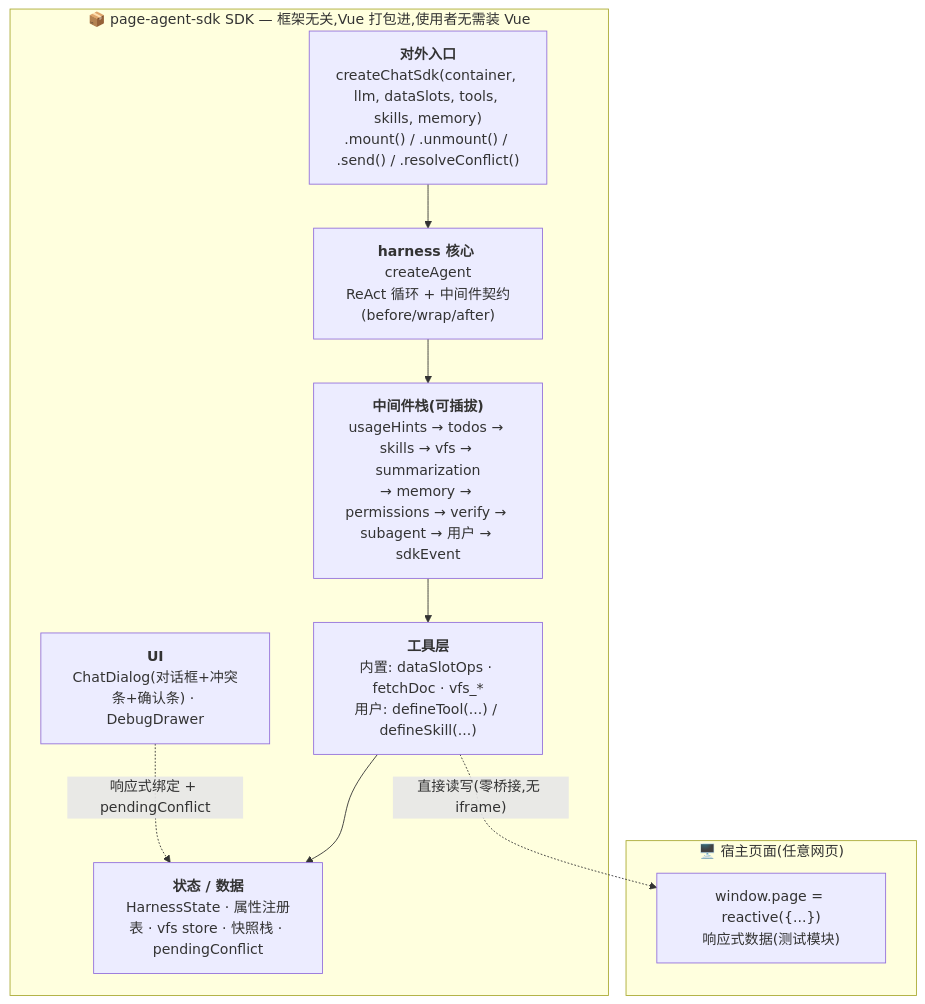
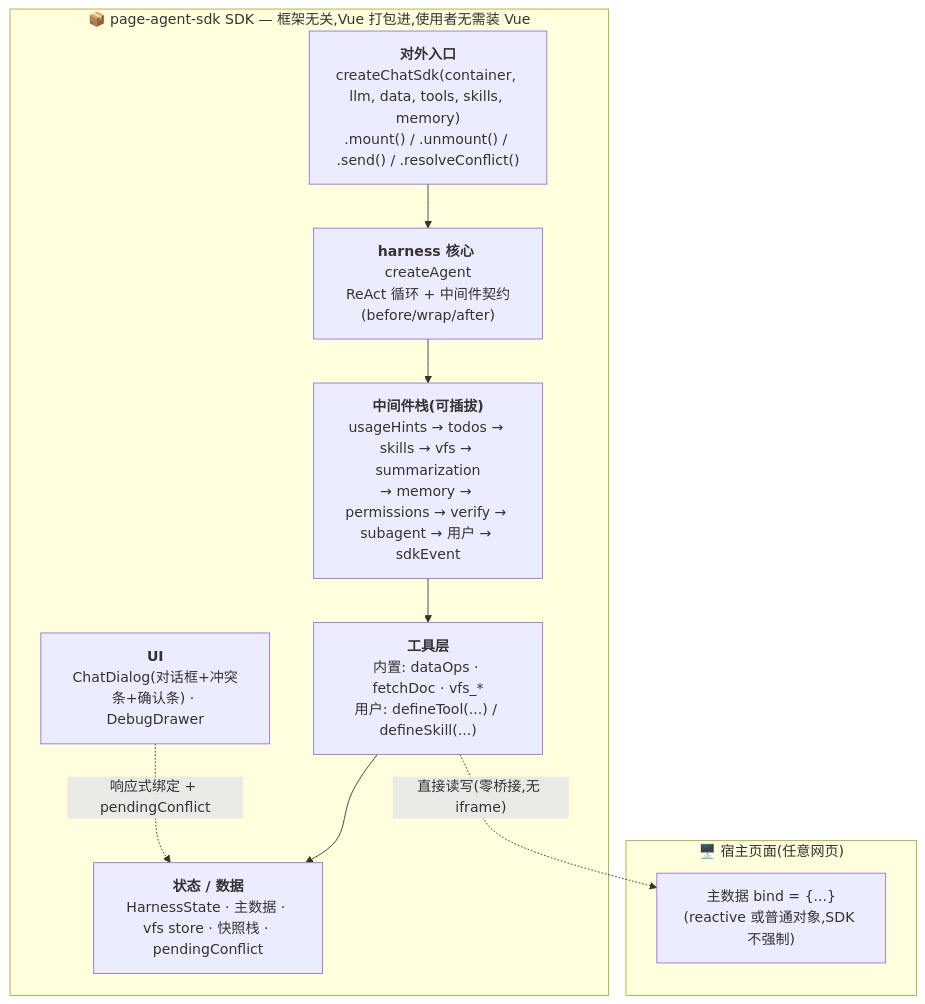
Before and after one commit to whyymj/chat-sdk: the first of 6 diagrams in doc/architecture.md, drawn with Mermaid. The commit also changed other lines of this file and 99 other files, not shown here.

````diff
--- a/doc/architecture.md
+++ b/doc/architecture.md
@@ -12,18 +12,18 @@
 ```mermaid
 flowchart TD
   subgraph Host["🖥️ 宿主页面(任意网页)"]
-    WP["window.page = reactive({...})<br/>响应式数据(测试模块)"]
+    WP["主数据 bind = {...}<br/>(reactive 或普通对象,SDK 不强制)"]
   end
 
   subgraph SDK["📦 page-agent-sdk SDK — 框架无关,Vue 打包进,使用者无需装 Vue"]
-    Entry["<b>对外入口</b><br/>createChatSdk(container, llm, dataSlots, tools, skills, memory)<br/>.mount() / .unmount() / .send() / .resolveConflict()"]
+    Entry["<b>对外入口</b><br/>createChatSdk(container, llm, data, tools, skills, memory)<br/>.mount() / .unmount() / .send() / .resolveConflict()"]
     Core["<b>harness 核心</b> createAgent<br/>ReAct 循环 + 中间件契约(before/wrap/after)"]
     MW["<b>中间件栈(可插拔)</b><br/>usageHints → todos → skills → vfs → summarization<br/>→ memory → permissions → verify → subagent → 用户 → sdkEvent"]
-    Tools["<b>工具层</b><br/>内置: dataSlotOps · fetchDoc · vfs_*<br/>用户: defineTool(...) / defineSkill(...)"]
-    State["<b>状态 / 数据</b><br/>HarnessState · 属性注册表 · vfs store · 快照栈 · pendingConflict"]
+    Tools["<b>工具层</b><br/>内置: dataOps · fetchDoc · vfs_*<br/>用户: defineTool(...) / defineSkill(...)"]
+    State["<b>状态 / 数据</b><br/>HarnessState · 主数据 · vfs store · 快照栈 · pendingConflict"]
     UI["<b>UI</b><br/>ChatDialog(对话框+冲突条+确认条) · DebugDrawer"]
     Entry --> Core --> MW --> Tools --> State
     Tools -. "直接读写(零桥接,无 iframe)" .-> WP
     UI -. "响应式绑定 + pendingConflict" .-> State
   end
 ```
````
